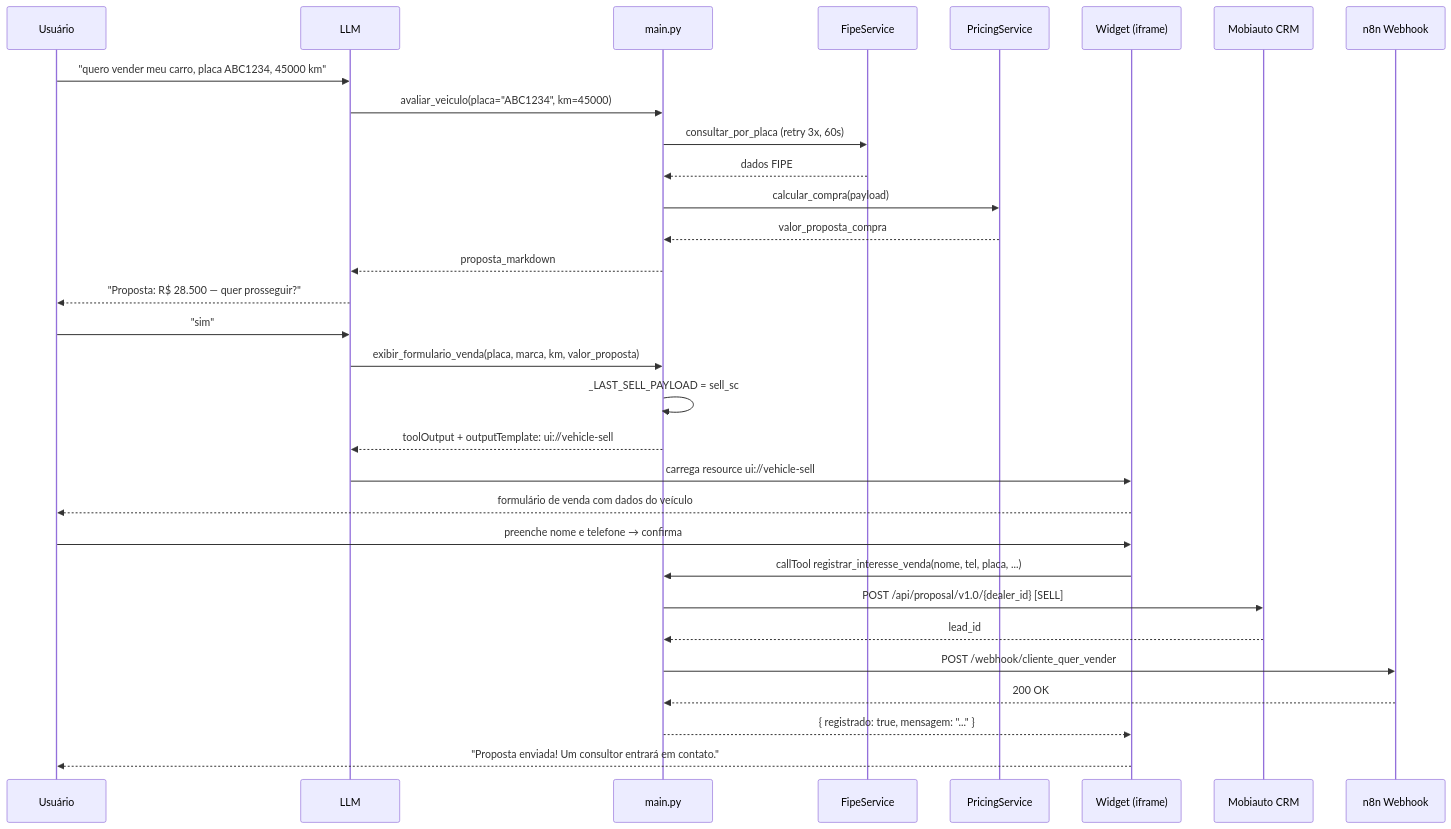
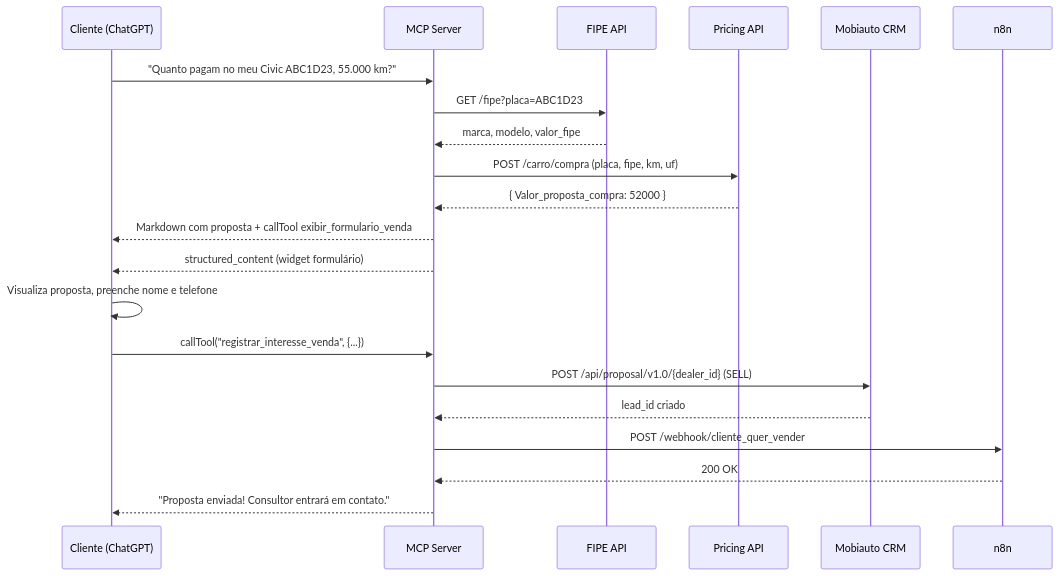
One commit to JoaaoCunhaa/ml-mcp-ia-vendas changed the second of 4 diagrams in docs/03_fluxo.md. Above: the diagram before and after it, drawn with Mermaid. The commit also changed other lines of this file and 8 other files, not shown here.

````diff
--- a/docs/03_fluxo.md
+++ b/docs/03_fluxo.md
@@ -268,36 +206,24 @@
 ```mermaid
 sequenceDiagram
-    participant U as Usuário
-    participant L as LLM
-    participant M as main.py
-    participant F as FipeService
-    participant P as PricingService
-    participant W as Widget (iframe)
-    participant CRM as Mobiauto CRM
-    participant WH as n8n Webhook
+    participant C as Cliente (ChatGPT)
+    participant MCP as MCP Server
+    participant F as FIPE API
+    participant P as Pricing API
+    participant M as Mobiauto CRM
+    participant N as n8n
 
-    U->>L: "quero vender meu carro, placa ABC1234, 45000 km"
-    L->>M: avaliar_veiculo(placa="ABC1234", km=45000)
-    M->>F: consultar_por_placa (retry 3x, 60s)
-    F-->>M: dados FIPE
-    M->>P: calcular_compra(payload)
-    P-->>M: valor_proposta_compra
-    M-->>L: proposta_markdown
-
-    L-->>U: "Proposta: R$ 28.500 — quer prosseguir?"
-    U->>L: "sim"
-    L->>M: exibir_formulario_venda(placa, marca, km, valor_proposta)
-    M->>M: _LAST_SELL_PAYLOAD = sell_sc
-    M-->>L: toolOutput + outputTemplate: ui://vehicle-sell
-    L->>W: carrega resource ui://vehicle-sell
-    W-->>U: formulário de venda com dados do veículo
-
-    U->>W: preenche nome e telefone → confirma
-    W->>M: callTool registrar_interesse_venda(nome, tel, placa, ...)
-    M->>CRM: POST /api/proposal/v1.0/{dealer_id} [SELL]
-    CRM-->>M: lead_id
-    M->>WH: POST /webhook/cliente_quer_vender
-    WH-->>M: 200 OK
-    M-->>W: { registrado: true, mensagem: "..." }
-    W-->>U: "Proposta enviada! Um consultor entrará em contato."
+    C->>MCP: "Quanto pagam no meu Civic ABC1D23, 55.000 km?"
+    MCP->>F: GET /fipe?placa=ABC1D23
+    F-->>MCP: marca, modelo, valor_fipe
+    MCP->>P: POST /carro/compra (placa, fipe, km, uf)
+    P-->>MCP: { Valor_proposta_compra: 52000 }
+    MCP-->>C: Markdown com proposta + callTool exibir_formulario_venda
+    MCP-->>C: structured_content (widget formulário)
+    C->>C: Visualiza proposta, preenche nome e telefone
+    C->>MCP: callTool("registrar_interesse_venda", {...})
+    MCP->>M: POST /api/proposal/v1.0/{dealer_id} (SELL)
+    M-->>MCP: lead_id criado
+    MCP->>N: POST /webhook/cliente_quer_vender
+    N-->>MCP: 200 OK
+    MCP-->>C: "Proposta enviada! Consultor entrará em contato."
 ```
````
